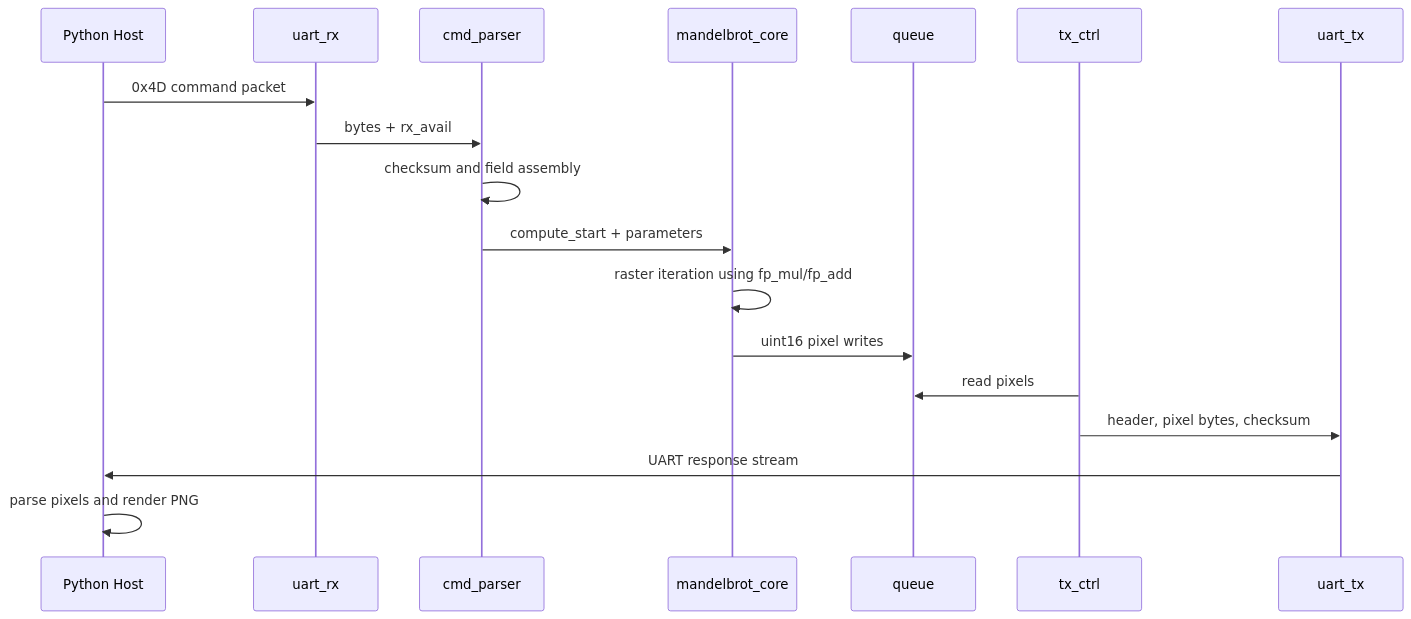
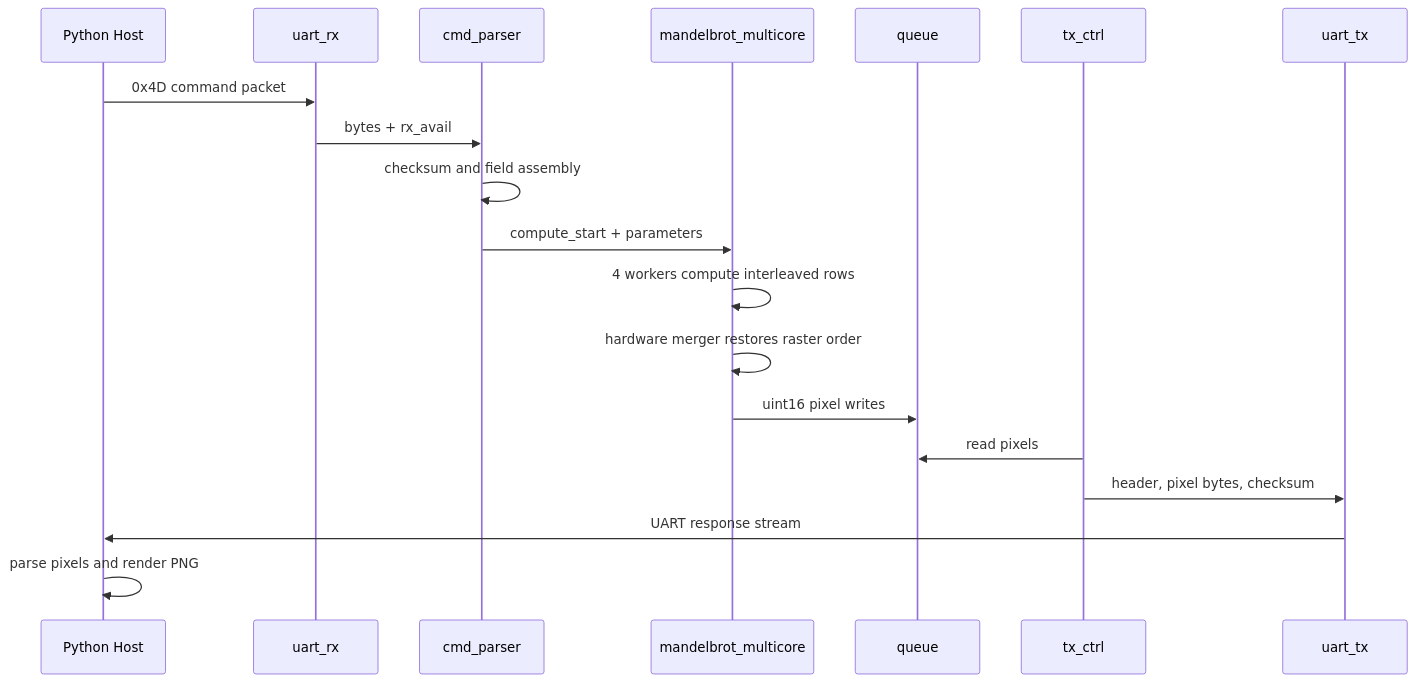
The fourth of 4 diagrams in README.md (RESBI/FPGA-Mandelbrot-Demo), drawn with Mermaid before and after one commit. The commit also changed other lines of this file and 13 other files, not shown here.

Commit message:
Implement 4-core Mandelbrot architecture

````diff
--- a/README.md
+++ b/README.md
@@ -360,21 +383,22 @@
 ```mermaid
 sequenceDiagram
     participant Host as Python Host
     participant RX as uart_rx
     participant Parser as cmd_parser
-    participant Core as mandelbrot_core
+    participant Core as mandelbrot_multicore
     participant FIFO as queue
     participant TXC as tx_ctrl
     participant TX as uart_tx
 
     Host->>RX: 0x4D command packet
     RX->>Parser: bytes + rx_avail
     Parser->>Parser: checksum and field assembly
     Parser->>Core: compute_start + parameters
-    Core->>Core: raster iteration using fp_mul/fp_add
+    Core->>Core: 4 workers compute interleaved rows
+    Core->>Core: hardware merger restores raster order
     Core->>FIFO: uint16 pixel writes
     TXC->>FIFO: read pixels
     TXC->>TX: header, pixel bytes, checksum
     TX->>Host: UART response stream
     Host->>Host: parse pixels and render PNG
 ```
````
